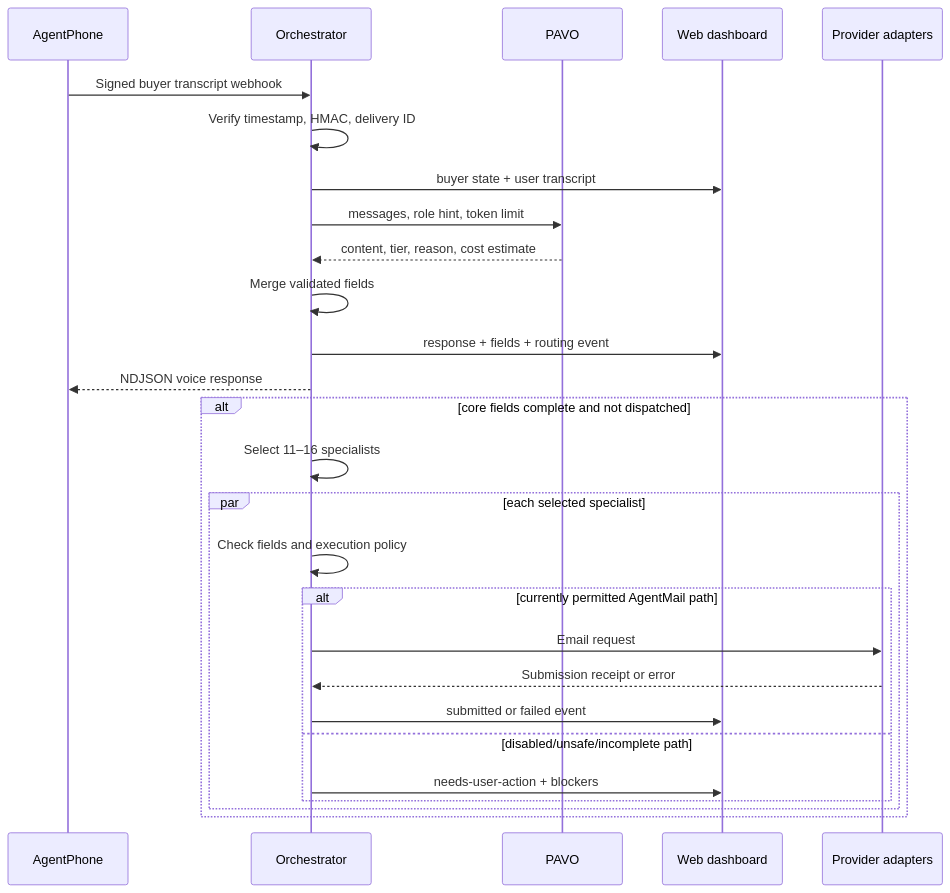
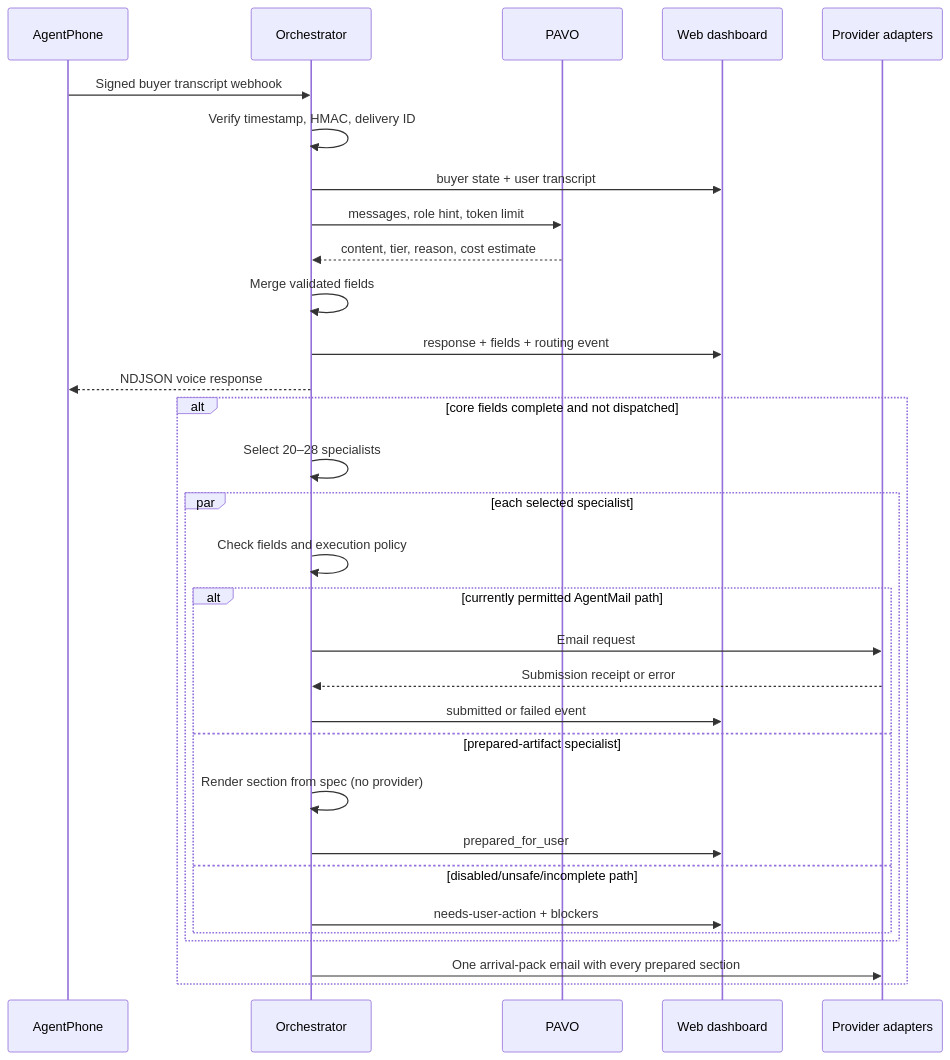
One commit to vnmoorthy/relocate-ai changed the second of 4 diagrams in ARCHITECTURE.md. Above: the diagram before and after it, drawn with Mermaid. The commit also changed other lines of this file and 18 other files, not shown here.

````diff
--- a/ARCHITECTURE.md
+++ b/ARCHITECTURE.md
@@ -103,31 +126,35 @@
 ```mermaid
 sequenceDiagram
     participant P as AgentPhone
     participant O as Orchestrator
     participant R as PAVO
     participant W as Web dashboard
     participant Q as Provider adapters
 
     P->>O: Signed buyer transcript webhook
     O->>O: Verify timestamp, HMAC, delivery ID
     O->>W: buyer state + user transcript
     O->>R: messages, role hint, token limit
     R-->>O: content, tier, reason, cost estimate
     O->>O: Merge validated fields
     O->>W: response + fields + routing event
     O-->>P: NDJSON voice response
 
     alt core fields complete and not dispatched
-        O->>O: Select 11–16 specialists
+        O->>O: Select 20–28 specialists
         par each selected specialist
             O->>O: Check fields and execution policy
             alt currently permitted AgentMail path
                 O->>Q: Email request
                 Q-->>O: Submission receipt or error
                 O->>W: submitted or failed event
+            else prepared-artifact specialist
+                O->>O: Render section from spec (no provider)
+                O->>W: prepared_for_user
             else disabled/unsafe/incomplete path
                 O->>W: needs-user-action + blockers
             end
         end
+        O->>Q: One arrival-pack email with every prepared section
     end
 ```
````
